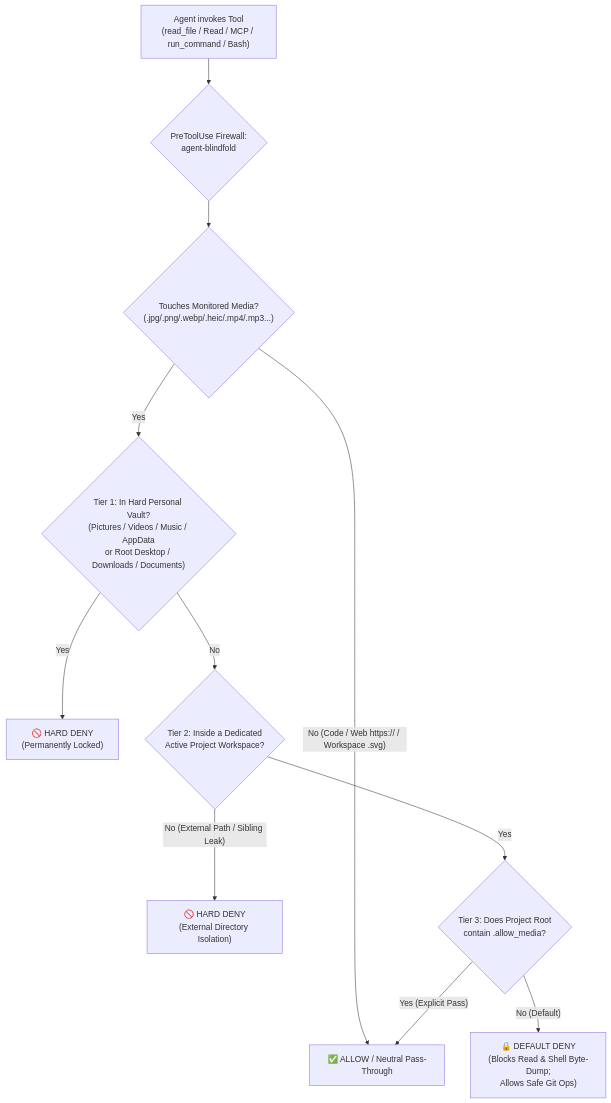
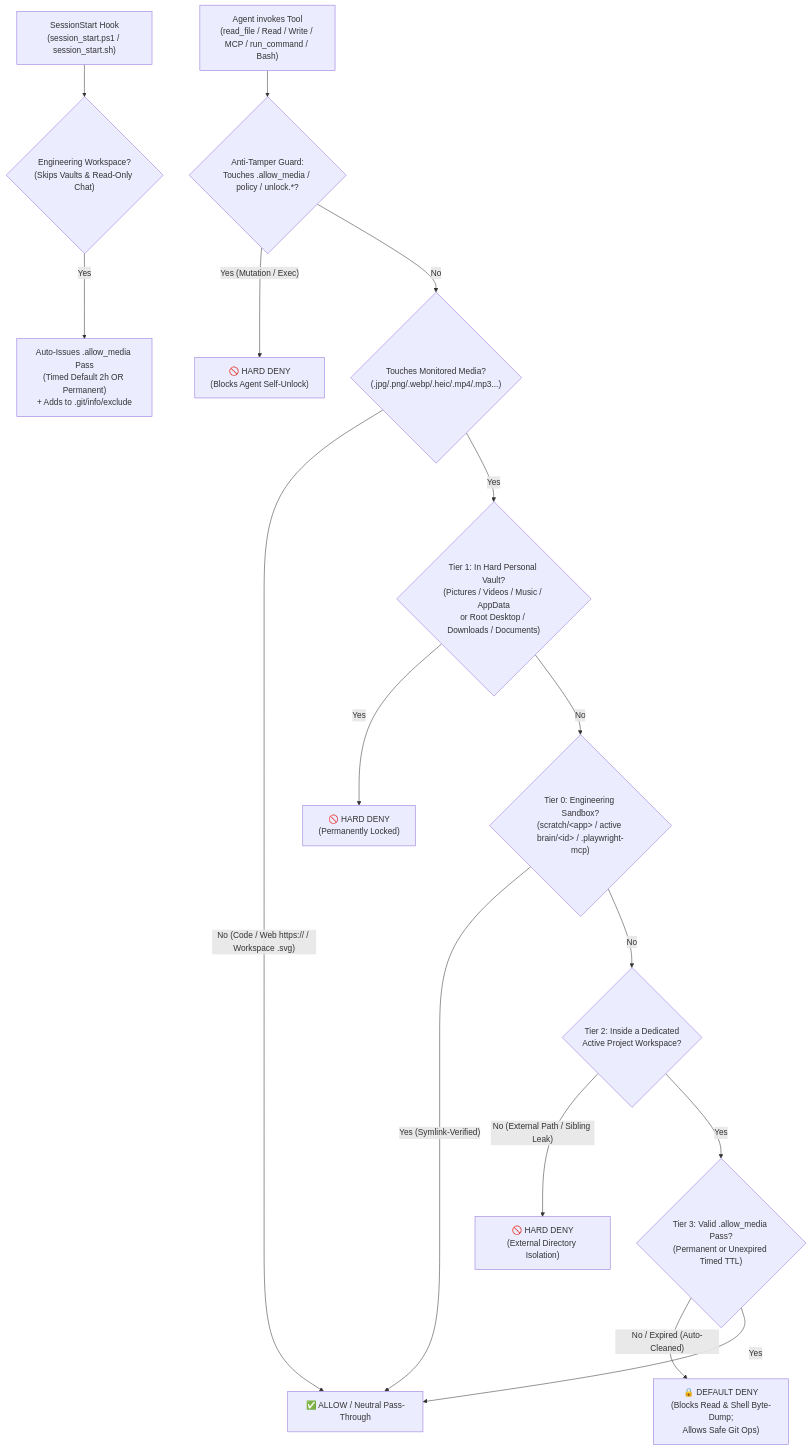
The diagram in README.md (zanex-dev/agent-blindfold), drawn with Mermaid before and after one commit. The commit also changed other lines of this file and 19 other files, not shown here.

First line of the commit message:
feat(v1.1): smart engineering sandbox auto-exemption, SessionStart timed/permanent passes & anti-tamper guard

````diff
--- a/README.md
+++ b/README.md
@@ -39,13 +39,19 @@
 ```mermaid
 flowchart TD
-    A["Agent invokes Tool<br/>(read_file / Read / MCP / run_command / Bash)"] --> B{"PreToolUse Firewall:<br/>agent-blindfold"}
-    B --> C{"Touches Monitored Media?<br/>(.jpg/.png/.webp/.heic/.mp4/.mp3...)"}
+    S["SessionStart Hook<br/>(session_start.ps1 / session_start.sh)"] --> S1{"Engineering Workspace?<br/>(Skips Vaults & Read-Only Chat)"}
+    S1 -- "Yes" --> S2["Auto-Issues .allow_media Pass<br/>(Timed Default 2h OR Permanent)<br/>+ Adds to .git/info/exclude"]
+
+    A["Agent invokes Tool<br/>(read_file / Read / Write / MCP / run_command / Bash)"] --> T{"Anti-Tamper Guard:<br/>Touches .allow_media / policy / unlock.*?"}
+    T -- "Yes (Mutation / Exec)" --> DENYT["🚫 HARD DENY<br/>(Blocks Agent Self-Unlock)"]
+    T -- "No" --> C{"Touches Monitored Media?<br/>(.jpg/.png/.webp/.heic/.mp4/.mp3...)"}
     C -- "No (Code / Web https:// / Workspace .svg)" --> ALLOW["✅ ALLOW / Neutral Pass-Through"]
     C -- "Yes" --> D{"Tier 1: In Hard Personal Vault?<br/>(Pictures / Videos / Music / AppData<br/>or Root Desktop / Downloads / Documents)"}
     D -- "Yes" --> DENY1["🚫 HARD DENY<br/>(Permanently Locked)"]
-    D -- "No" --> E{"Tier 2: Inside a Dedicated<br/>Active Project Workspace?"}
+    D -- "No" --> E0{"Tier 0: Engineering Sandbox?<br/>(scratch/&lt;app&gt; / active brain/&lt;id&gt; / .playwright-mcp)"}
+    E0 -- "Yes (Symlink-Verified)" --> ALLOW
+    E0 -- "No" --> E{"Tier 2: Inside a Dedicated<br/>Active Project Workspace?"}
     E -- "No (External Path / Sibling Leak)" --> DENY2["🚫 HARD DENY<br/>(External Directory Isolation)"]
-    E -- "Yes" --> F{"Tier 3: Does Project Root<br/>contain .allow_media?"}
-    F -- "No (Default)" --> DENY3["🔒 DEFAULT DENY<br/>(Blocks Read & Shell Byte-Dump;<br/>Allows Safe Git Ops)"]
-    F -- "Yes (Explicit Pass)" --> ALLOW
+    E -- "Yes" --> F{"Tier 3: Valid .allow_media Pass?<br/>(Permanent or Unexpired Timed TTL)"}
+    F -- "No / Expired (Auto-Cleaned)" --> DENY3["🔒 DEFAULT DENY<br/>(Blocks Read & Shell Byte-Dump;<br/>Allows Safe Git Ops)"]
+    F -- "Yes" --> ALLOW
 ```
````
